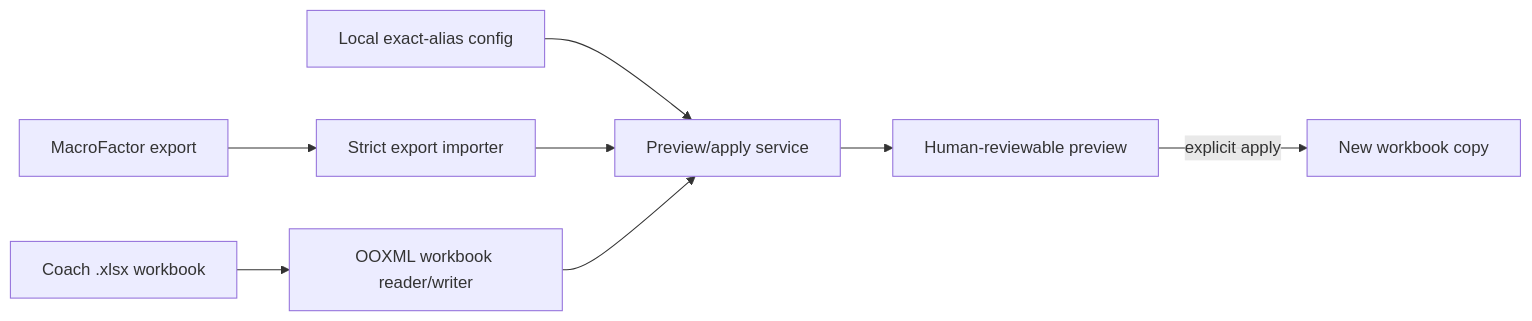
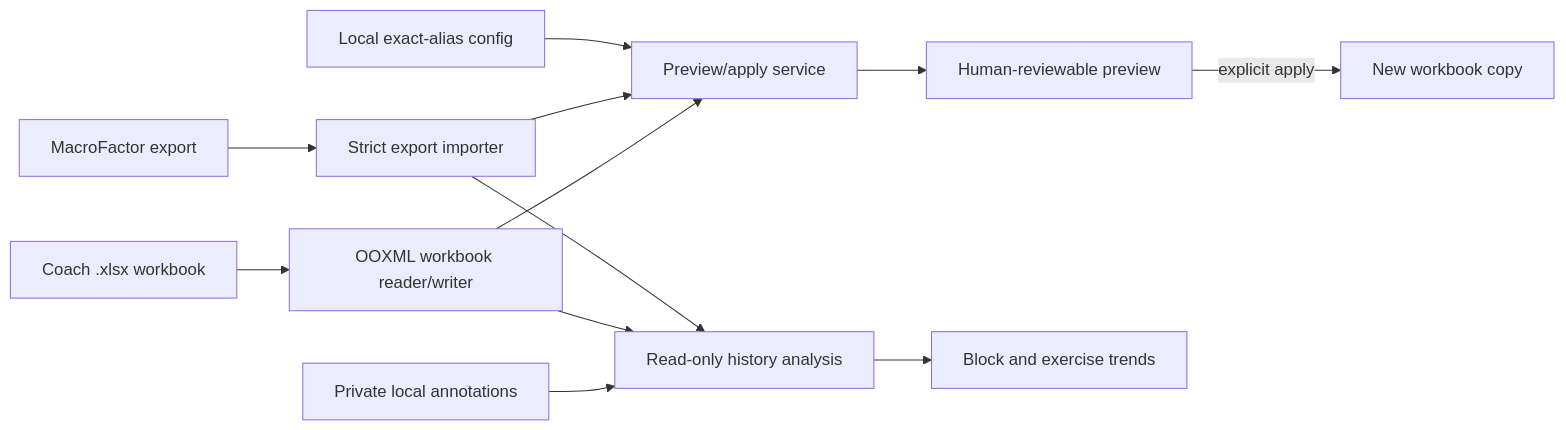
One commit to joshuawyadao/MacroFactor-Workout-Bridge changed the diagram in README.md. Above: the diagram before and after it, drawn with Mermaid. The commit also changed other lines of this file and 15 other files, not shown here.

First line of the commit message:
Add read-only workout history dashboard (#14)

````diff
--- a/README.md
+++ b/README.md
@@ -30,10 +32,14 @@
 ```mermaid
 flowchart LR
     Export["MacroFactor export"] --> Importer["Strict export importer"]
     Mapping["Local exact-alias config"] --> Service["Preview/apply service"]
     Coach["Coach .xlsx workbook"] --> OOXML["OOXML workbook reader/writer"]
     Importer --> Service
     OOXML --> Service
     Service --> Preview["Human-reviewable preview"]
     Preview -->|explicit apply| Output["New workbook copy"]
+    Importer --> History["Read-only history analysis"]
+    OOXML --> History
+    Annotations["Private local annotations"] --> History
+    History --> Dashboard["Block and exercise trends"]
 ```
````
